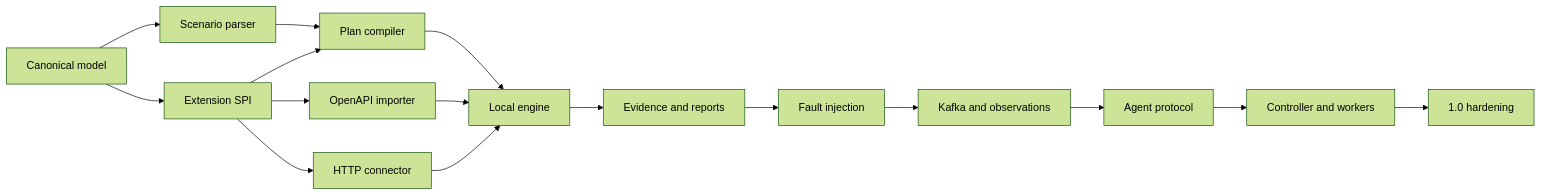
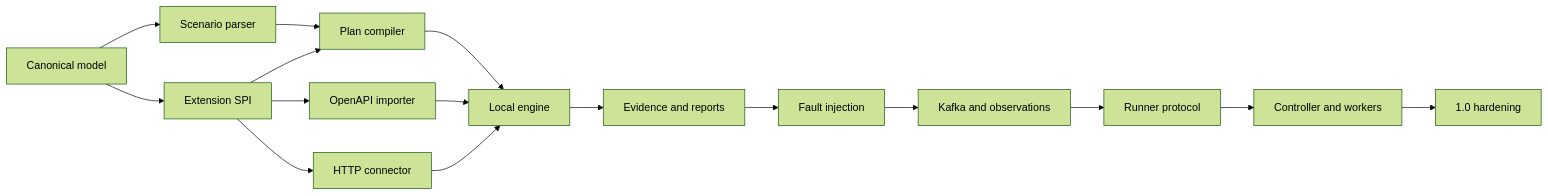
Before and after one commit to Malatiel/Faultora: the diagram in docs/ROADMAP.md, drawn with Mermaid (forest theme). The commit also changed other lines of this file and 2 other files, not shown here.

Commit message:
docs: standardize private runner terminology

````diff
--- a/docs/ROADMAP.md
+++ b/docs/ROADMAP.md
@@ -39,18 +39,18 @@
 ```mermaid
 flowchart LR
     A["Canonical model"] --> B["Scenario parser"]
     A --> C["Extension SPI"]
     B --> D["Plan compiler"]
     C --> D
     C --> E["OpenAPI importer"]
     C --> F["HTTP connector"]
     D --> G["Local engine"]
     E --> G
     F --> G
     G --> H["Evidence and reports"]
     H --> I["Fault injection"]
     I --> J["Kafka and observations"]
-    J --> K["Agent protocol"]
+    J --> K["Runner protocol"]
     K --> L["Controller and workers"]
     L --> M["1.0 hardening"]
 ```
````
